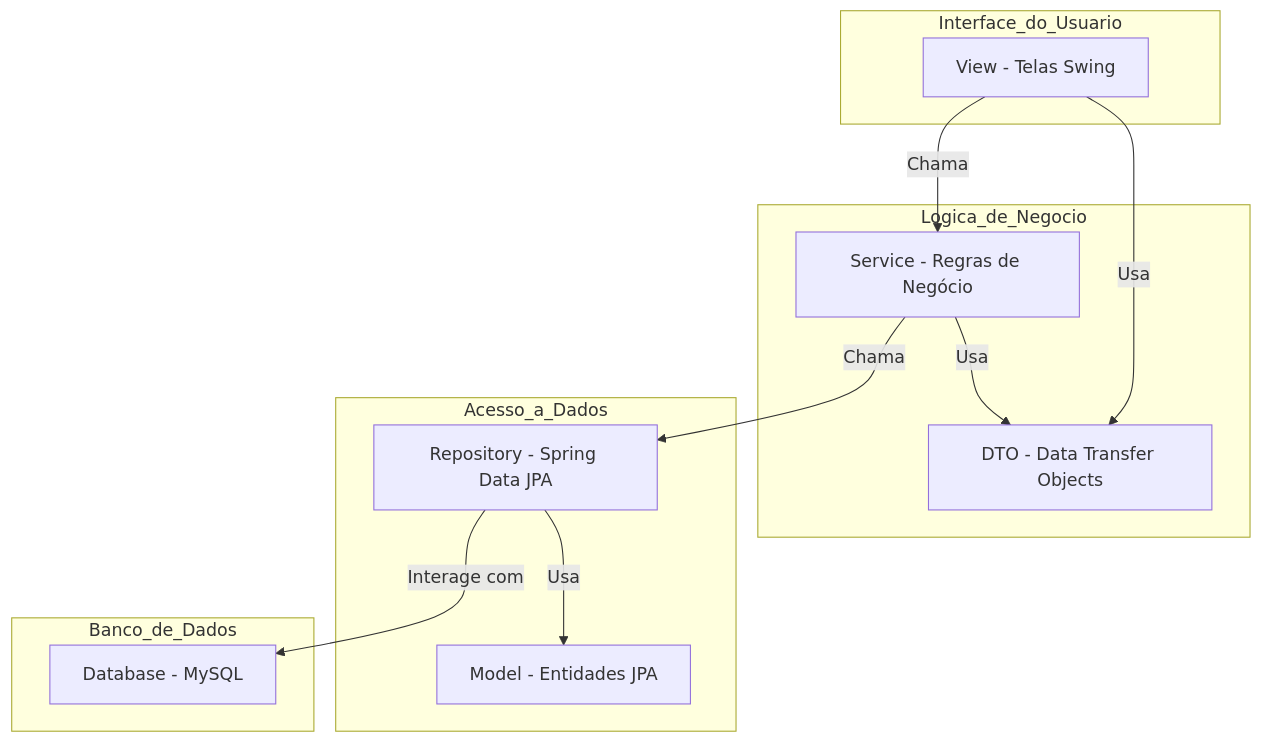
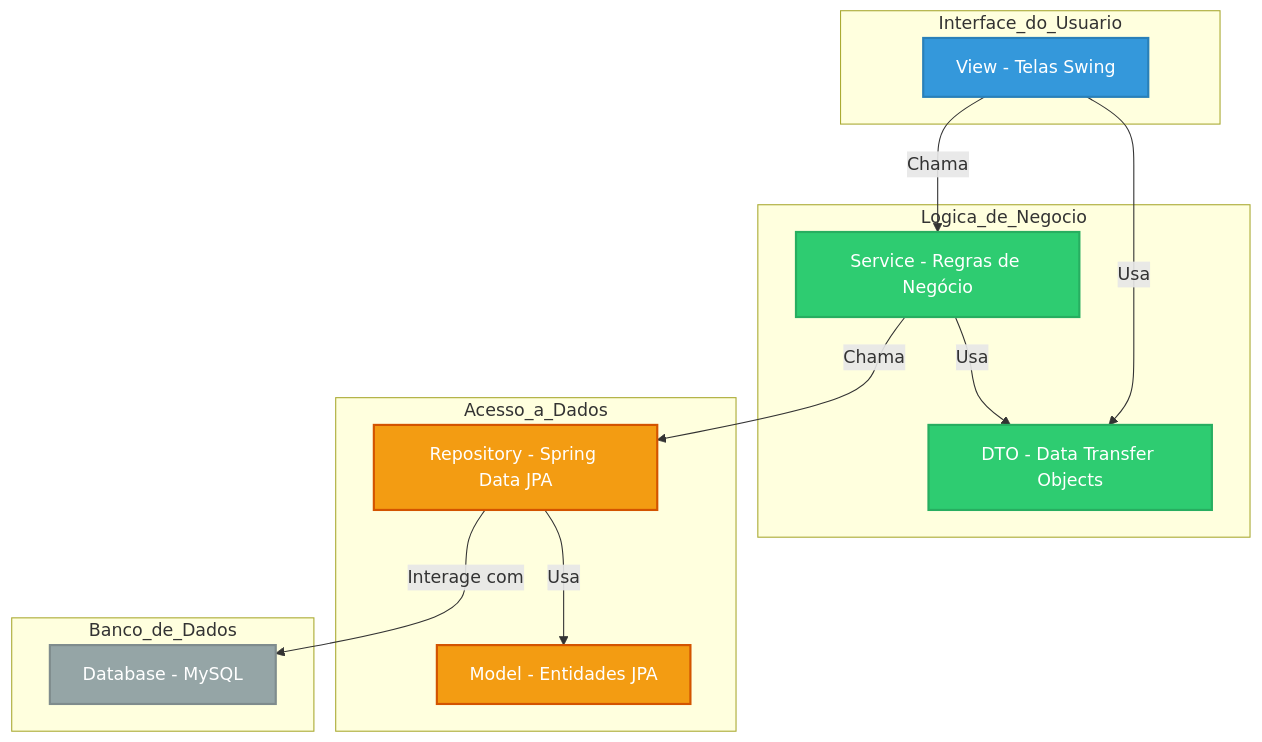
Before and after one commit to liceki/CEAMEC: the first of 2 diagrams in README.md, drawn with Mermaid. The commit also changed other lines of this file, not shown here.

````diff
--- a/README.md
+++ b/README.md
@@ -83,25 +83,36 @@
 ```mermaid
 graph TD;
     subgraph Interface_do_Usuario
         A[View - Telas Swing];
     end
     subgraph Logica_de_Negocio
         B[Service - Regras de Negócio];
         C[DTO - Data Transfer Objects];
     end
     subgraph Acesso_a_Dados
         D[Repository - Spring Data JPA];
         E[Model - Entidades JPA];
     end
     subgraph Banco_de_Dados
         F[Database - MySQL];
     end
 
     A -- Usa --> C;
     A -- Chama --> B;
     B -- Usa --> C;
     B -- Chama --> D;
     D -- Usa --> E;
     D -- Interage com --> F;
 
+    %% ---- Definição do Estilo Moderno e Forte ----
+    classDef viewStyle fill:#3498db,stroke:#2980b9,stroke-width:2px,color:#fff
+    classDef logicStyle fill:#2ecc71,stroke:#27ae60,stroke-width:2px,color:#fff
+    classDef dataStyle fill:#f39c12,stroke:#d35400,stroke-width:2px,color:#fff
+    classDef dbStyle fill:#95a5a6,stroke:#7f8c8d,stroke-width:2px,color:#fff
+
+    %% ---- Aplicação dos Estilos ----
+    class A viewStyle
+    class B,C logicStyle
+    class D,E dataStyle
+    class F dbStyle
 ```
````
